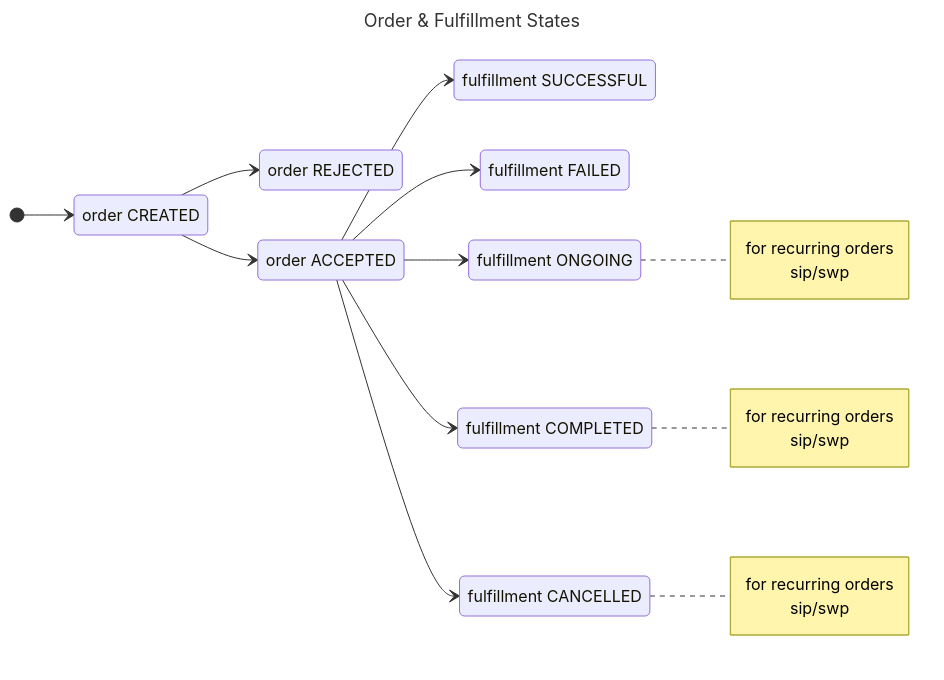
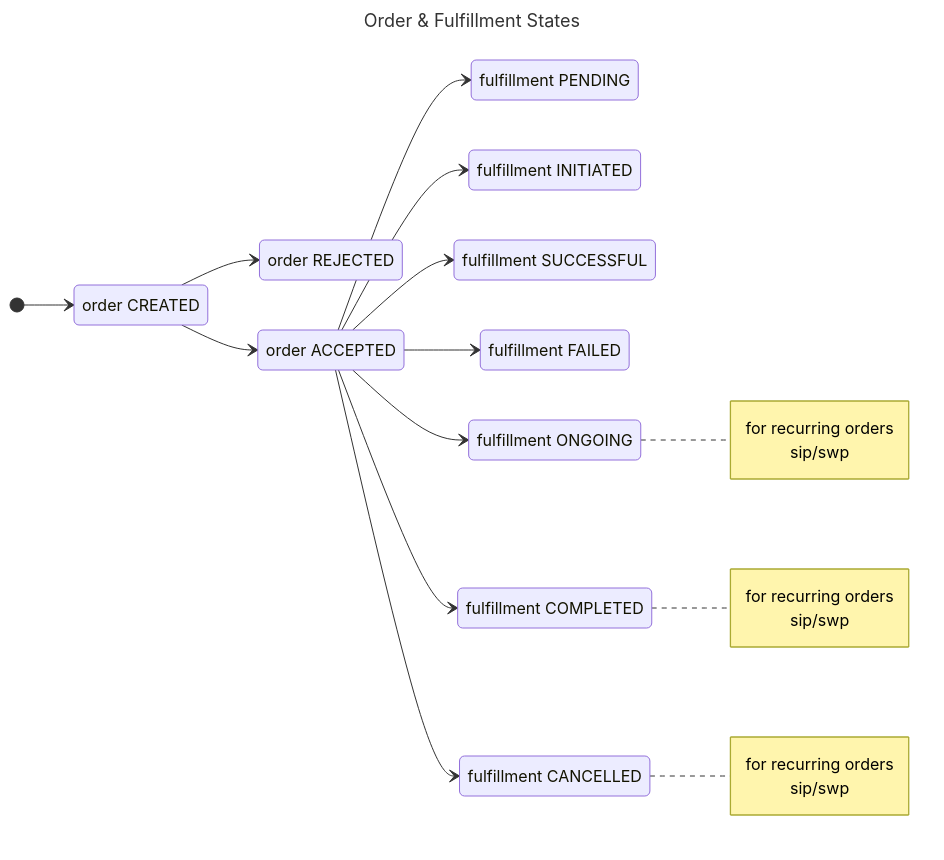
Before and after one commit to ONDC-Official/ONDC-FIS-Specifications: the diagram in api/components/docs/lifecycle-and-states.md, drawn with Mermaid. The commit also changed other lines of this file, not shown here.

Commit message:
adding granular fulfillment states

````diff
--- a/api/components/docs/lifecycle-and-states.md
+++ b/api/components/docs/lifecycle-and-states.md
@@ -35,37 +31,41 @@
 ```mermaid
 ---
 title: Order & Fulfillment States
 ---
 stateDiagram-v2
     direction LR
     CREATED : order CREATED
     REJECTED : order REJECTED
     ACCEPTED : order ACCEPTED
     [*] --> CREATED
     CREATED --> REJECTED
     CREATED --> ACCEPTED
 
+    PENDING: fulfillment PENDING
+    INITIATED: fulfillment INITIATED
     SUCCESSFUL : fulfillment SUCCESSFUL
     FAILED : fulfillment FAILED
     ONGOING: fulfillment ONGOING
     COMPLETED: fulfillment COMPLETED
     CANCELLED: fulfillment CANCELLED
 
+    ACCEPTED --> PENDING
+    ACCEPTED --> INITIATED
     ACCEPTED --> SUCCESSFUL
     ACCEPTED --> FAILED
     ACCEPTED --> ONGOING
     ACCEPTED --> COMPLETED
     ACCEPTED --> CANCELLED
     note right of ONGOING
         for recurring orders
         sip/swp
     end note
     note right of COMPLETED
         for recurring orders
         sip/swp
     end note
     note right of CANCELLED
         for recurring orders
         sip/swp
     end note
 ```
````
